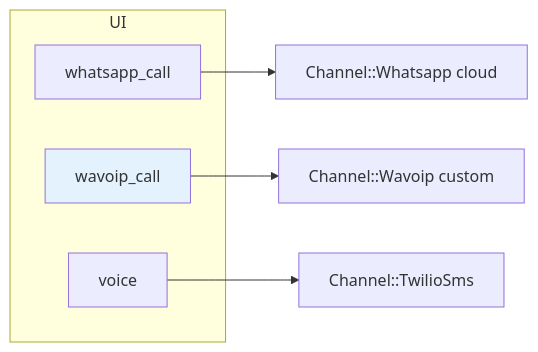
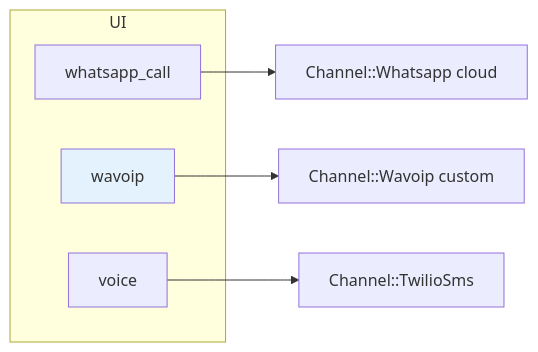
The diagram in doc/feature/whatsapp-voice/wavoip-provider/wavoip-vs-meta.md (cesar-carlos/chatwoot), drawn with Mermaid before and after one commit. The commit also changed other lines of this file and 7 other files, not shown here.

````diff
--- a/doc/feature/whatsapp-voice/wavoip-provider/wavoip-vs-meta.md
+++ b/doc/feature/whatsapp-voice/wavoip-provider/wavoip-vs-meta.md
@@ -65,13 +66,13 @@
 ```mermaid
 flowchart LR
   subgraph UI
     T1[whatsapp_call]
-    T2[wavoip_call]
+    T2[wavoip]
     T3[voice]
   end
   T1 --> M[Channel::Whatsapp cloud]
   T2 --> W[Channel::Wavoip custom]
   T3 --> TW[Channel::TwilioSms]
 
   style T2 fill:#e3f2fd
 ```
````
